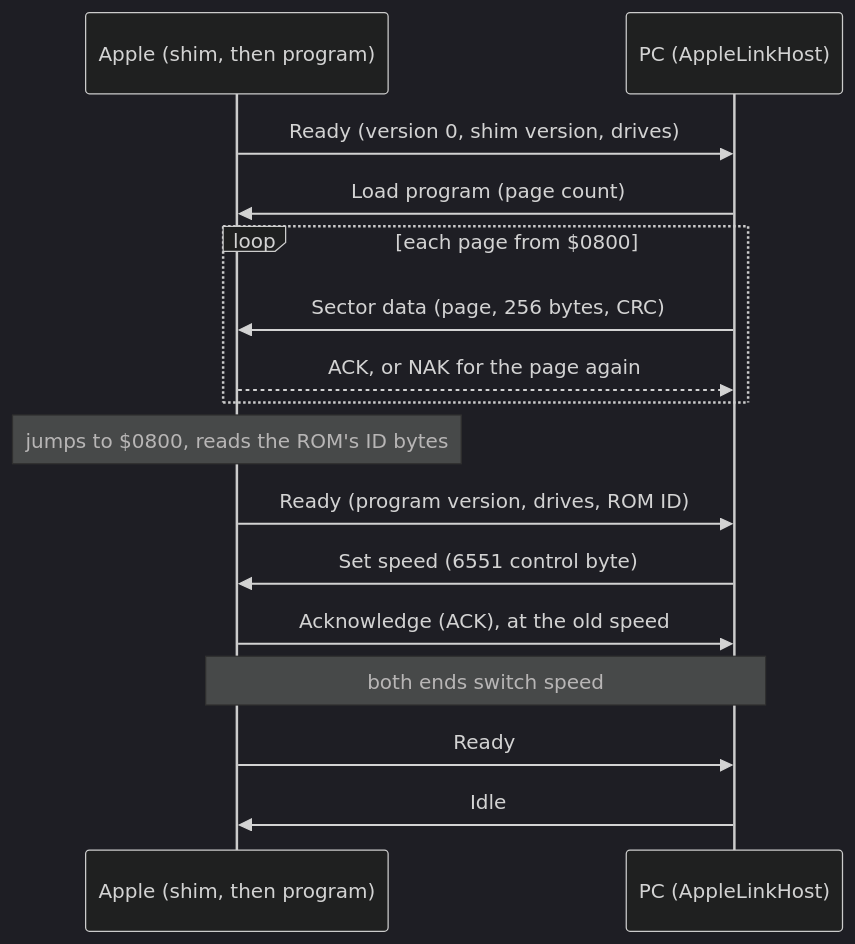
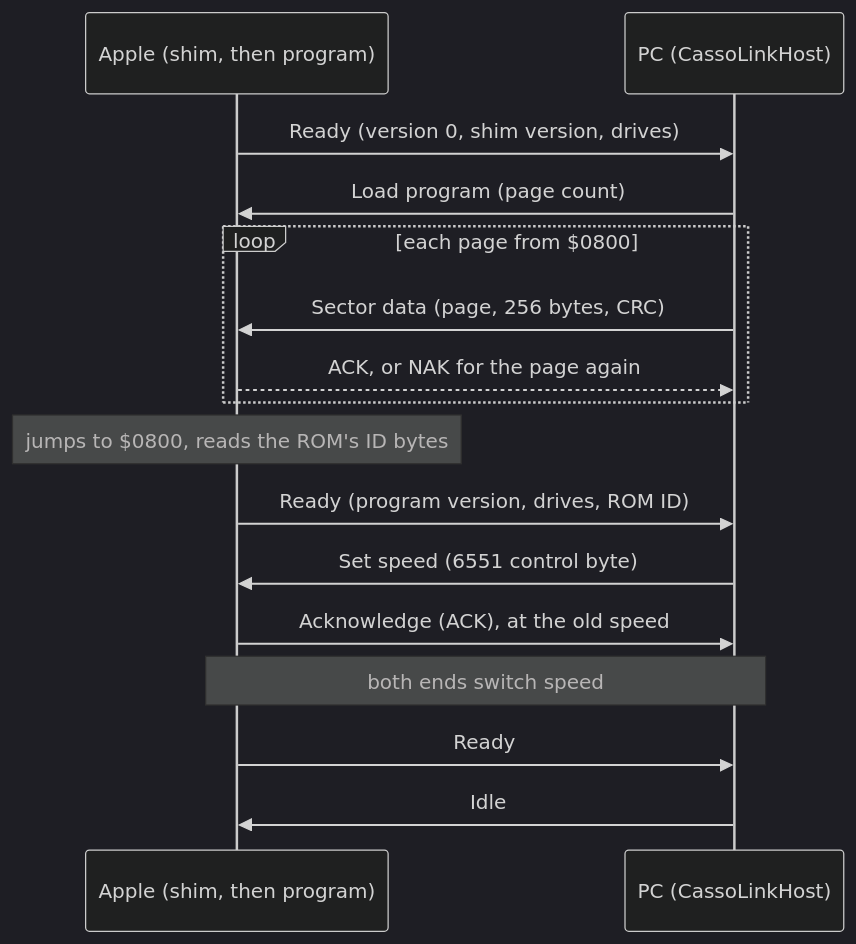
Before and after one commit to relmer/Casso: the first of 6 diagrams in specs/033-casso-explorer/contracts/cassolink.md, drawn with Mermaid (dark theme). The commit also changed other lines of this file and 123 other files, not shown here.

Commit message:
refactor(link): Rename AppleLink and the Apple II link to CassoLink in code, files, folders and docs

````diff
--- a/specs/033-casso-explorer/contracts/cassolink.md
+++ b/specs/033-casso-explorer/contracts/cassolink.md
@@ -115,18 +115,18 @@
 ```mermaid
 sequenceDiagram
     participant A as Apple (shim, then program)
-    participant P as PC (AppleLinkHost)
+    participant P as PC (CassoLinkHost)
     A->>P: Ready (version 0, shim version, drives)
     P->>A: Load program (page count)
     loop each page from $0800
         P->>A: Sector data (page, 256 bytes, CRC)
         A-->>P: ACK, or NAK for the page again
     end
     Note over A: jumps to $0800, reads the ROM's ID bytes
     A->>P: Ready (program version, drives, ROM ID)
     P->>A: Set speed (6551 control byte)
     A->>P: Acknowledge (ACK), at the old speed
     Note over A,P: both ends switch speed
     A->>P: Ready
     P->>A: Idle
 ```
````
